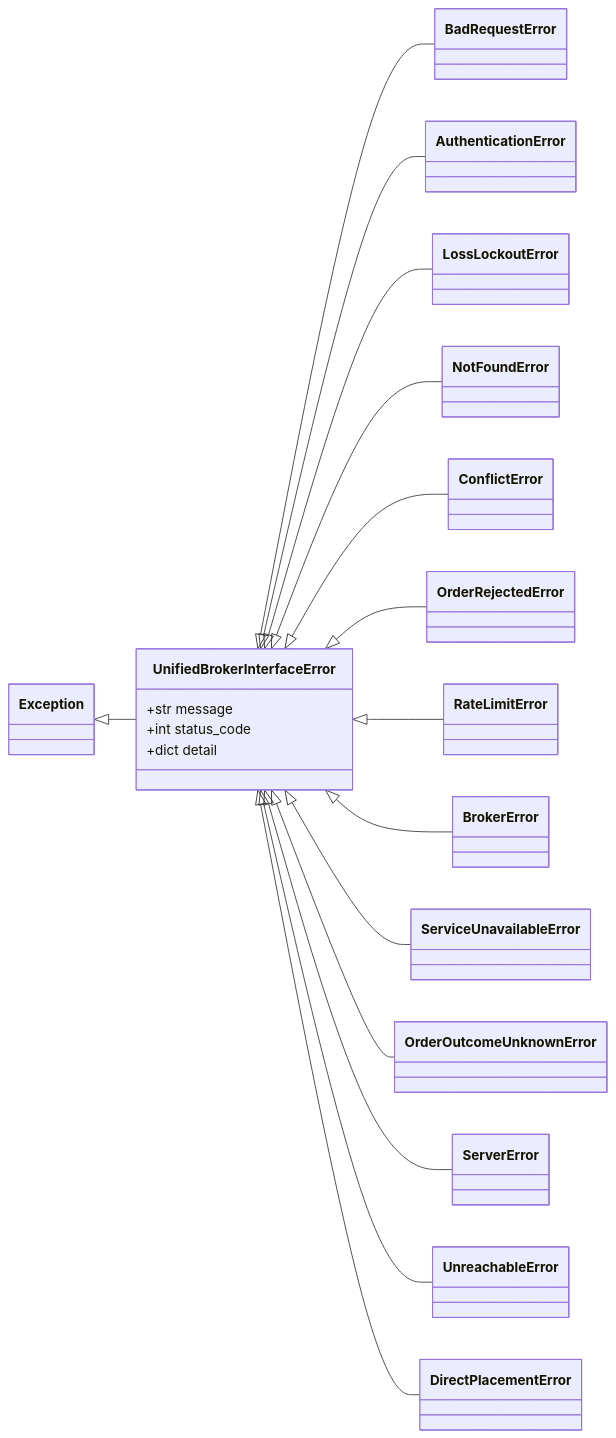
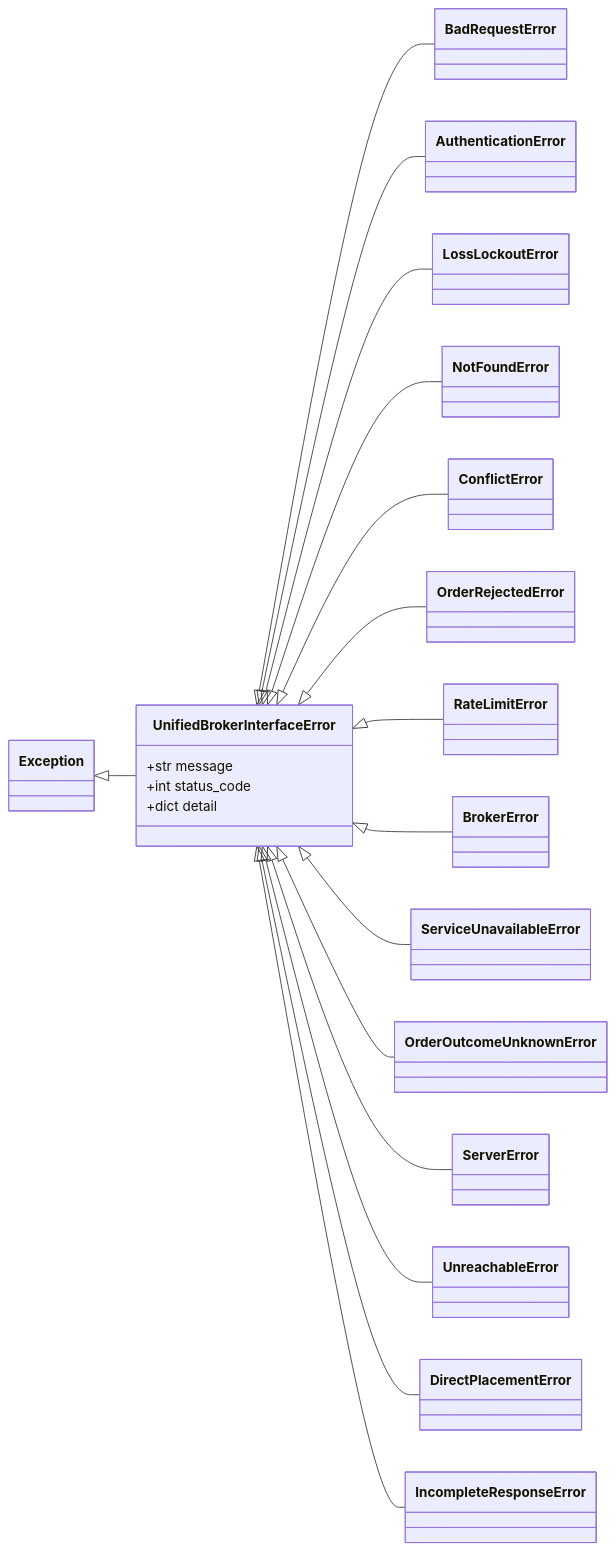
Before and after one commit to pramodathani/tradingmachine: the first of 3 diagrams in docs/python-api/errors.md, drawn with Mermaid. The commit also changed other lines of this file and 18 other files, not shown here.

````diff
--- a/docs/python-api/errors.md
+++ b/docs/python-api/errors.md
@@ -22,23 +23,24 @@
 ```mermaid
 classDiagram
     direction LR
     Exception <|-- UnifiedBrokerInterfaceError
     UnifiedBrokerInterfaceError <|-- BadRequestError
     UnifiedBrokerInterfaceError <|-- AuthenticationError
     UnifiedBrokerInterfaceError <|-- LossLockoutError
     UnifiedBrokerInterfaceError <|-- NotFoundError
     UnifiedBrokerInterfaceError <|-- ConflictError
     UnifiedBrokerInterfaceError <|-- OrderRejectedError
     UnifiedBrokerInterfaceError <|-- RateLimitError
     UnifiedBrokerInterfaceError <|-- BrokerError
     UnifiedBrokerInterfaceError <|-- ServiceUnavailableError
     UnifiedBrokerInterfaceError <|-- OrderOutcomeUnknownError
     UnifiedBrokerInterfaceError <|-- ServerError
     UnifiedBrokerInterfaceError <|-- UnreachableError
     UnifiedBrokerInterfaceError <|-- DirectPlacementError
+    UnifiedBrokerInterfaceError <|-- IncompleteResponseError
     class UnifiedBrokerInterfaceError {
         +str message
         +int status_code
         +dict detail
     }
 ```
````
